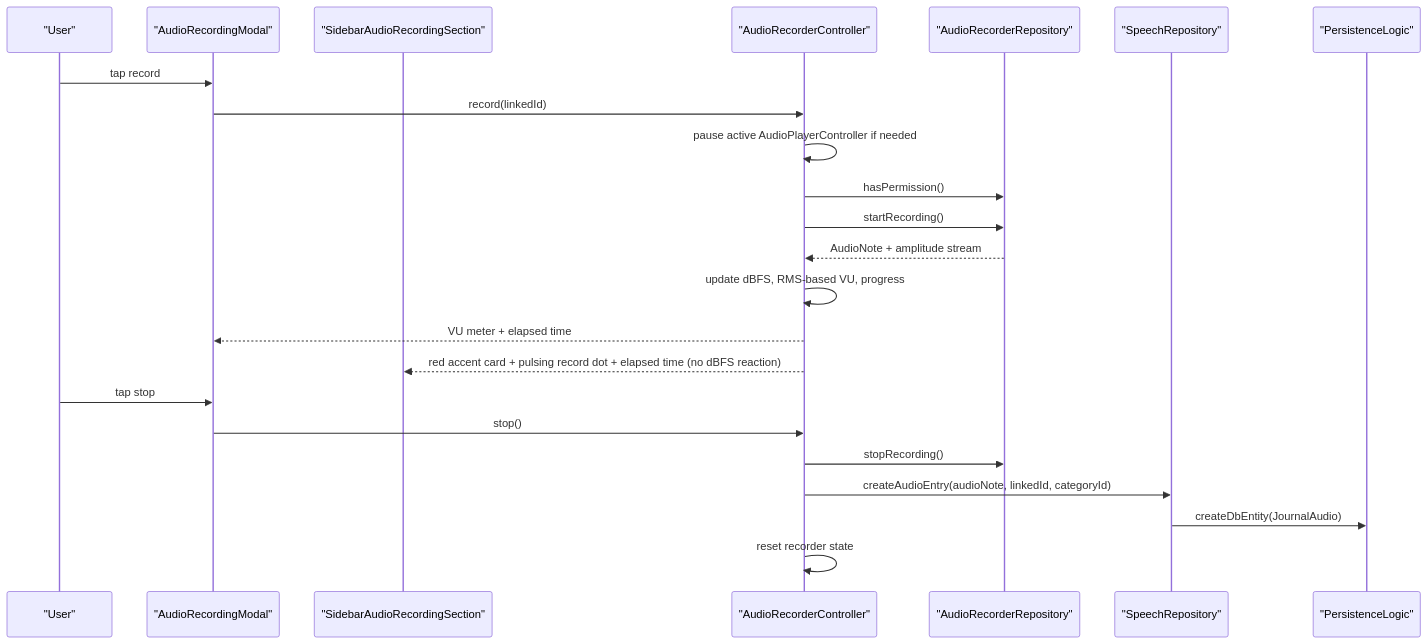
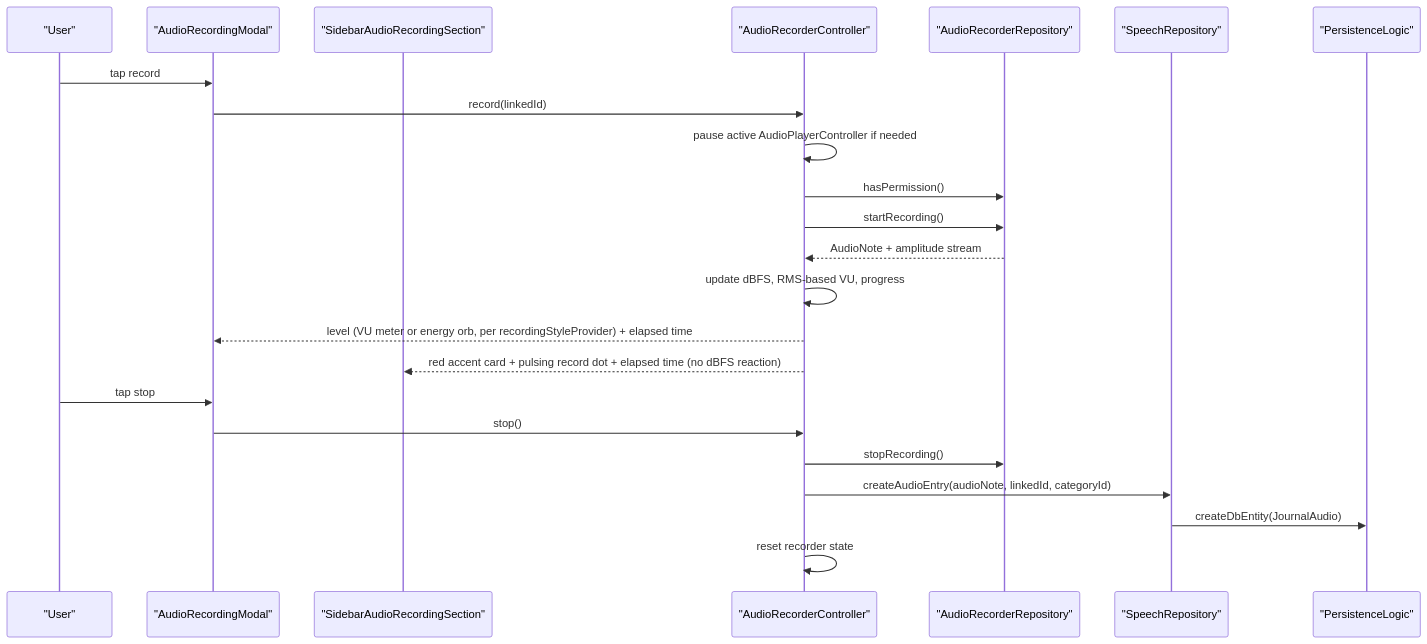
One commit to matthiasn/lotti changed the third of 5 diagrams in lib/features/speech/README.md. Above: the diagram before and after it, drawn with Mermaid. The commit also changed other lines of this file and 43 other files, not shown here.

````diff
--- a/lib/features/speech/README.md
+++ b/lib/features/speech/README.md
@@ -144,26 +147,26 @@
 ```mermaid
 sequenceDiagram
   participant User as "User"
   participant Modal as "AudioRecordingModal"
   participant Sidebar as "SidebarAudioRecordingSection"
   participant Ctl as "AudioRecorderController"
   participant Repo as "AudioRecorderRepository"
   participant Speech as "SpeechRepository"
   participant Persist as "PersistenceLogic"
 
   User->>Modal: tap record
   Modal->>Ctl: record(linkedId)
   Ctl->>Ctl: pause active AudioPlayerController if needed
   Ctl->>Repo: hasPermission()
   Ctl->>Repo: startRecording()
   Repo-->>Ctl: AudioNote + amplitude stream
   Ctl->>Ctl: update dBFS, RMS-based VU, progress
-  Ctl-->>Modal: VU meter + elapsed time
+  Ctl-->>Modal: level (VU meter or energy orb, per recordingStyleProvider) + elapsed time
   Ctl-->>Sidebar: red accent card + pulsing record dot + elapsed time (no dBFS reaction)
   User->>Modal: tap stop
   Modal->>Ctl: stop()
   Ctl->>Repo: stopRecording()
   Ctl->>Speech: createAudioEntry(audioNote, linkedId, categoryId)
   Speech->>Persist: createDbEntity(JournalAudio)
   Ctl->>Ctl: reset recorder state
 ```
````
